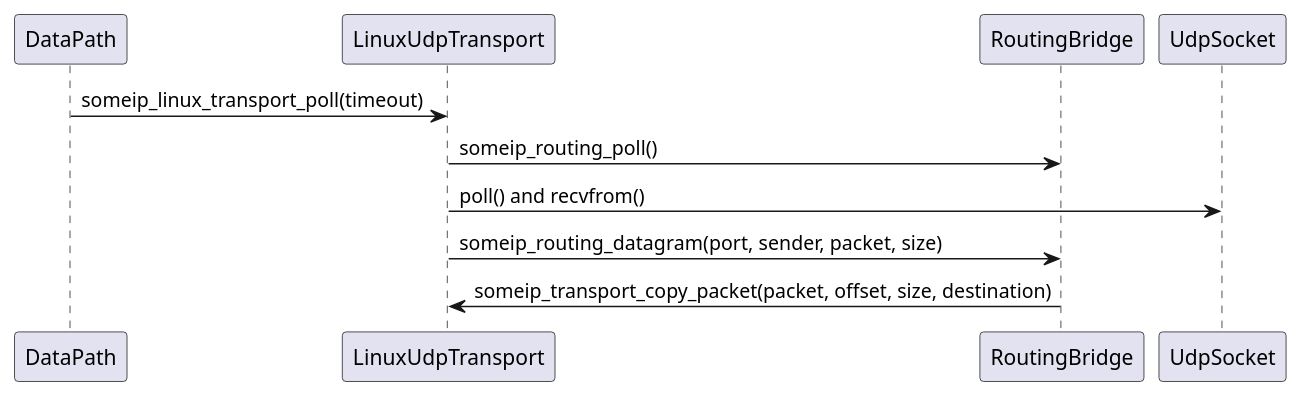
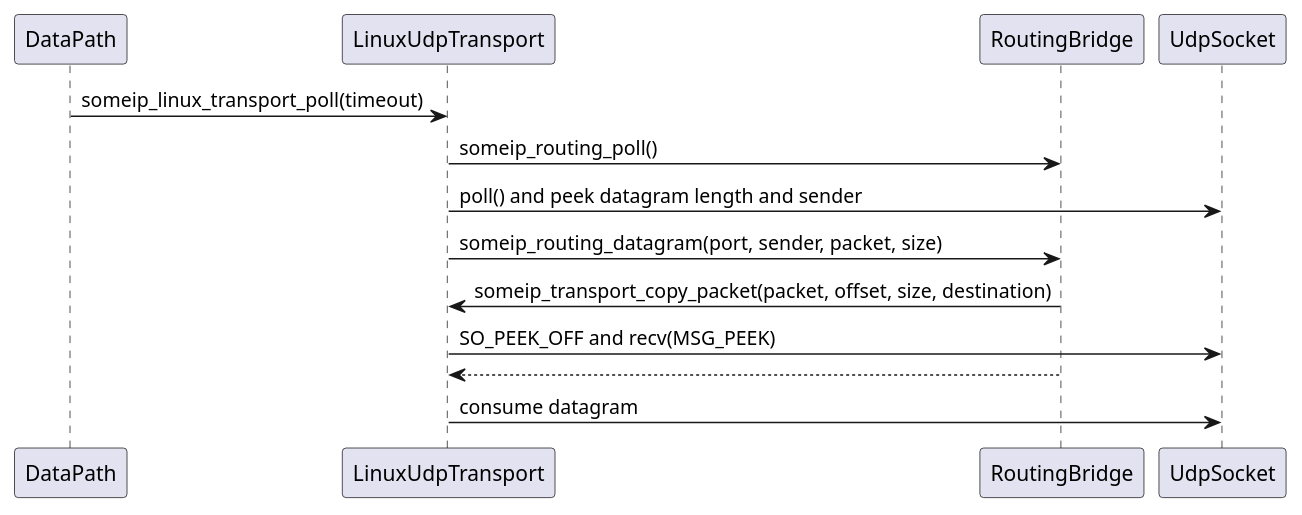
The diagram in score/someip/routing_module/udp_transport/dependability/linux_transport_sequence.puml (eclipse-score/communication), drawn with PlantUML before and after one commit. The commit also changed 31 other files, not shown here.

```diff
--- a/score/someip/routing_module/udp_transport/dependability/linux_transport_sequence.puml
+++ b/score/someip/routing_module/udp_transport/dependability/linux_transport_sequence.puml
@@ -14,14 +14,17 @@
 @startuml linux_transport_sequence
 
 participant DataPath
 participant LinuxUdpTransport
 participant RoutingBridge
 participant UdpSocket
 
 DataPath -> LinuxUdpTransport : someip_linux_transport_poll(timeout)
 LinuxUdpTransport -> RoutingBridge : someip_routing_poll()
-LinuxUdpTransport -> UdpSocket : poll() and recvfrom()
+LinuxUdpTransport -> UdpSocket : poll() and peek datagram length and sender
 LinuxUdpTransport -> RoutingBridge : someip_routing_datagram(port, sender, packet, size)
 RoutingBridge -> LinuxUdpTransport : someip_transport_copy_packet(packet, offset, size, destination)
+LinuxUdpTransport -> UdpSocket : SO_PEEK_OFF and recv(MSG_PEEK)
+RoutingBridge --> LinuxUdpTransport
+LinuxUdpTransport -> UdpSocket : consume datagram
 
 @enduml
```
